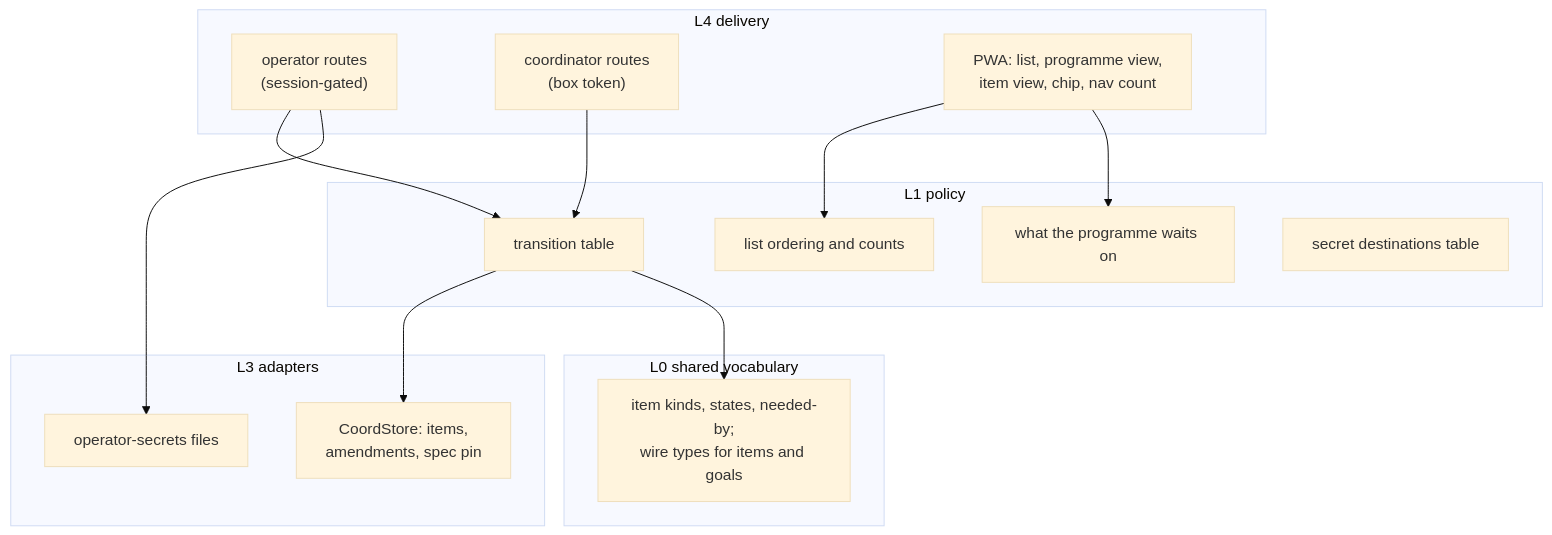
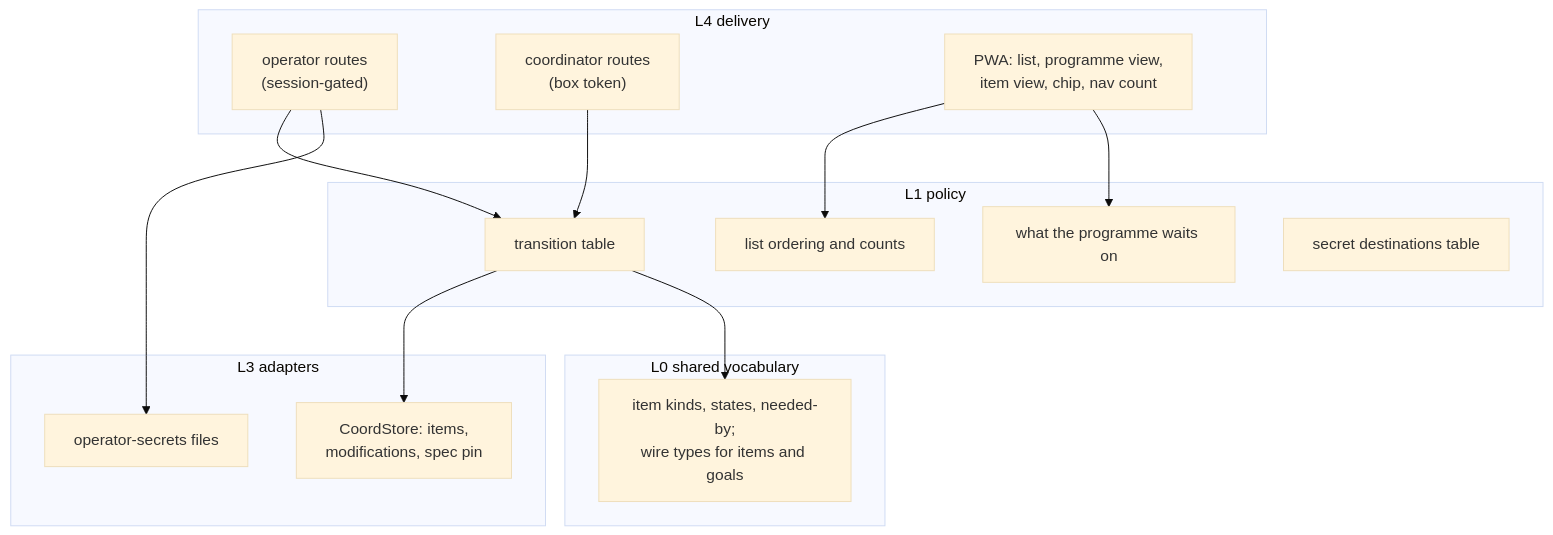
The fifth of 5 diagrams in docs/superpowers/specs/2026-10-31-programme-ledgers-design.md (Synapsium-Labs/ccrc-pwa), drawn with Mermaid (base theme) before and after one commit. The commit also changed other lines of this file, not shown here.

Commit message:
docs(brainstorm): programme ledgers design, the spec is rewritten when the operator steers

````diff
--- a/docs/superpowers/specs/2026-10-31-programme-ledgers-design.md
+++ b/docs/superpowers/specs/2026-10-31-programme-ledgers-design.md
@@ -193,28 +194,28 @@
 ```mermaid
 flowchart TB
   subgraph L0["L0 shared vocabulary"]
     V["item kinds, states, needed-by;<br/>wire types for items and goals"]
   end
   subgraph L1["L1 policy"]
     T["transition table"]
     W["what the programme waits on"]
     O["list ordering and counts"]
     DST["secret destinations table"]
   end
   subgraph L3["L3 adapters"]
-    ST["CoordStore: items,<br/>amendments, spec pin"]
+    ST["CoordStore: items,<br/>modifications, spec pin"]
     SF["operator-secrets files"]
   end
   subgraph L4["L4 delivery"]
     RO["operator routes<br/>(session-gated)"]
     RC["coordinator routes<br/>(box token)"]
     UI["PWA: list, programme view,<br/>item view, chip, nav count"]
   end
   RC --> T
   RO --> T
   T --> ST
   RO --> SF
   UI --> O
   UI --> W
   T --> V
 ```
````
